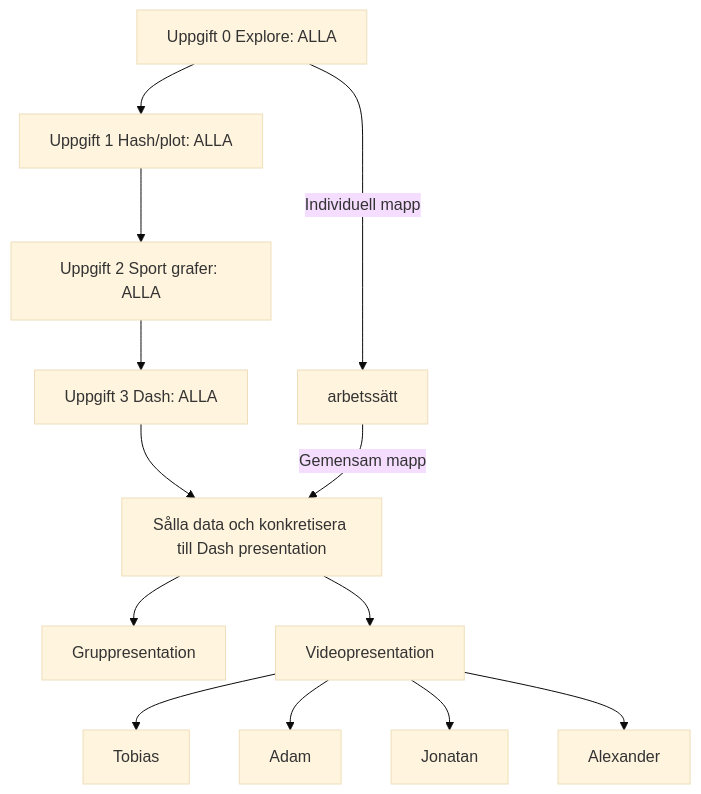
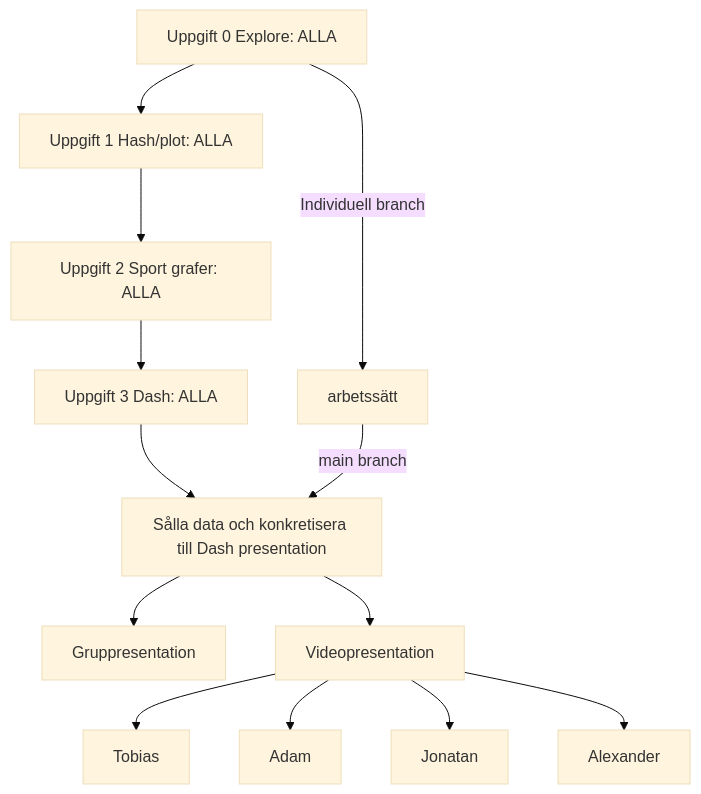
Before and after one commit to zoneme99/Project-OS: the diagram in flowchart.md, drawn with Mermaid (base theme).

Commit message:
update flowchart branches

````diff
--- a/flowchart.md
+++ b/flowchart.md
@@ -1,17 +1,17 @@
 ```mermaid
 graph TD
 0[Uppgift 0 Explore: ALLA] --> 1[Uppgift 1 Hash/plot: ALLA]
 1 --> 2[Uppgift 2 Sport grafer: ALLA]
 2 --> 3[Uppgift 3 Dash: ALLA]
 3 --> 4[Sålla data och konkretisera till Dash presentation]
 4 --> 5[Gruppresentation]
 4 --> 6[Videopresentation]
 6 --> Tobias
 6 --> Adam
 6 --> Jonatan
 6 --> Alexander
 
-0-- Individuell mapp -->arbetssätt
-arbetssätt-- Gemensam mapp -->4
+0-- Individuell branch -->arbetssätt
+arbetssätt-- main branch -->4
 
 ```
````
